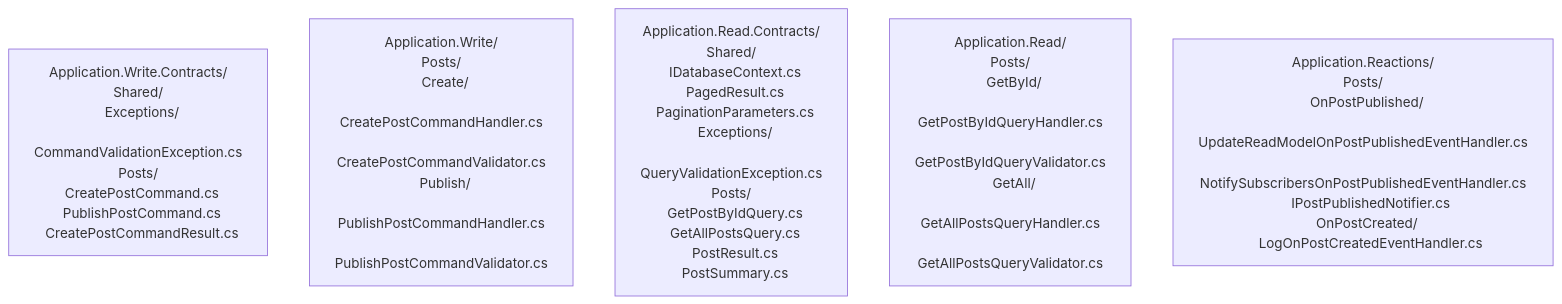
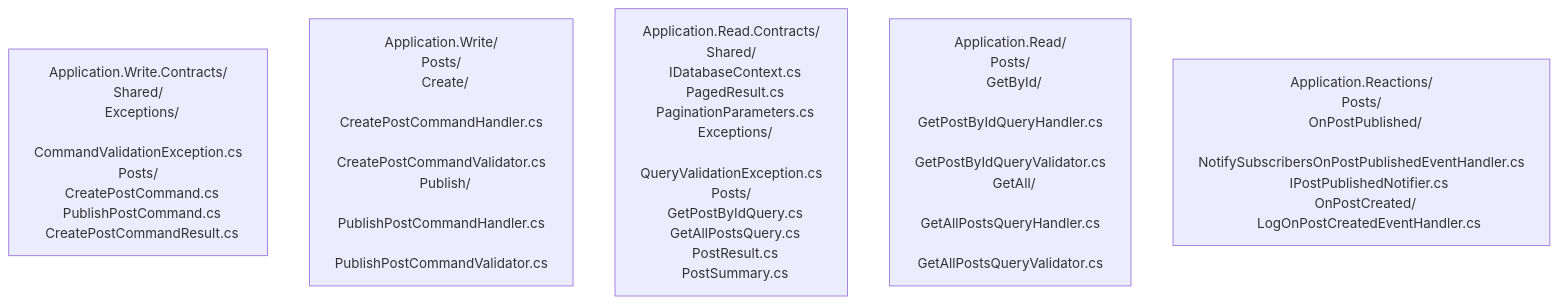
One commit to Litenova-Solutions/Engineering-Standards changed the diagram in docs/conventions/backend/03-application-layer.md. Above: the diagram before and after it, drawn with Mermaid. The commit also changed other lines of this file and 50 other files, not shown here.

````diff
--- a/docs/conventions/backend/03-application-layer.md
+++ b/docs/conventions/backend/03-application-layer.md
@@ -29,8 +29,8 @@
 ```mermaid
 graph TD
     WriteContracts["Application.Write.Contracts/\nShared/\n  Exceptions/\n    CommandValidationException.cs\nPosts/\n  CreatePostCommand.cs\n  PublishPostCommand.cs\n  CreatePostCommandResult.cs"]
     Write["Application.Write/\nPosts/\n  Create/\n    CreatePostCommandHandler.cs\n    CreatePostCommandValidator.cs\n  Publish/\n    PublishPostCommandHandler.cs\n    PublishPostCommandValidator.cs"]
     ReadContracts["Application.Read.Contracts/\nShared/\n  IDatabaseContext.cs\n  PagedResult.cs\n  PaginationParameters.cs\n  Exceptions/\n    QueryValidationException.cs\nPosts/\n  GetPostByIdQuery.cs\n  GetAllPostsQuery.cs\n  PostResult.cs\n  PostSummary.cs"]
     Read["Application.Read/\nPosts/\n  GetById/\n    GetPostByIdQueryHandler.cs\n    GetPostByIdQueryValidator.cs\n  GetAll/\n    GetAllPostsQueryHandler.cs\n    GetAllPostsQueryValidator.cs"]
-    Reactions["Application.Reactions/\nPosts/\n  OnPostPublished/\n    UpdateReadModelOnPostPublishedEventHandler.cs\n    NotifySubscribersOnPostPublishedEventHandler.cs\n    IPostPublishedNotifier.cs\n  OnPostCreated/\n    LogOnPostCreatedEventHandler.cs"]
+    Reactions["Application.Reactions/\nPosts/\n  OnPostPublished/\n    NotifySubscribersOnPostPublishedEventHandler.cs\n    IPostPublishedNotifier.cs\n  OnPostCreated/\n    LogOnPostCreatedEventHandler.cs"]
 ```
````
